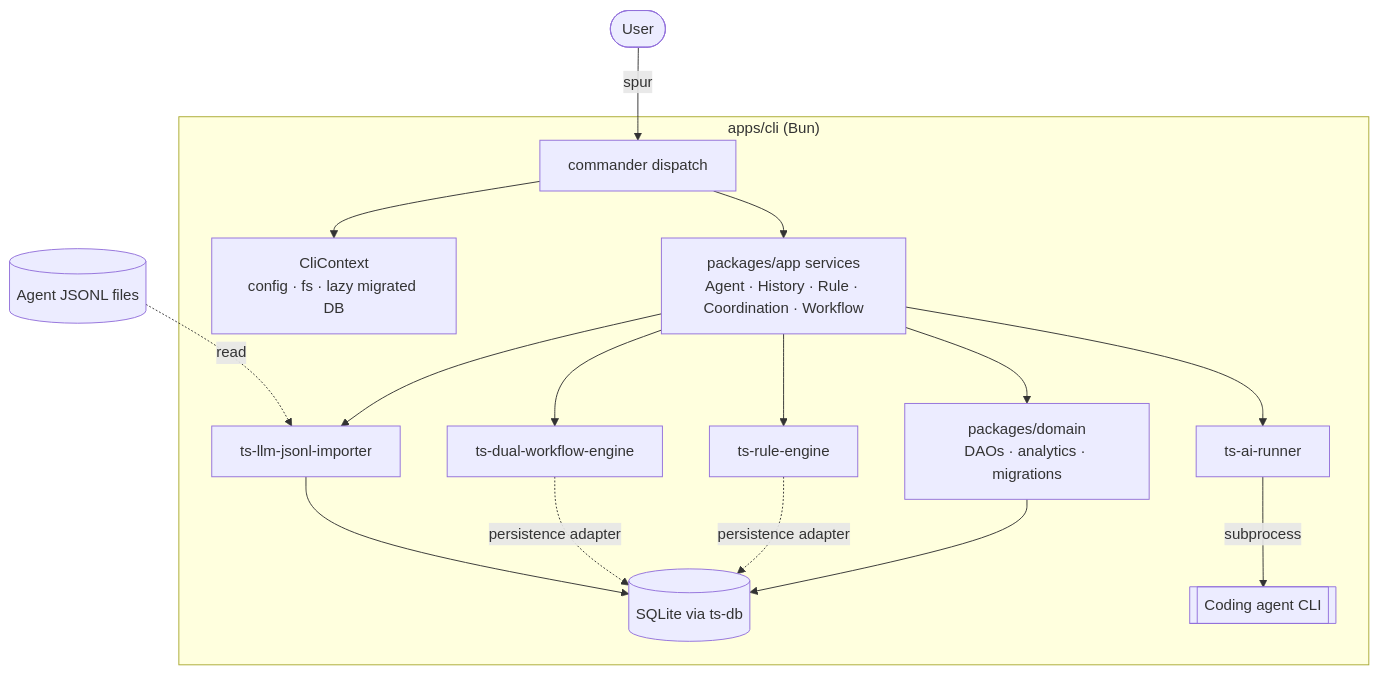
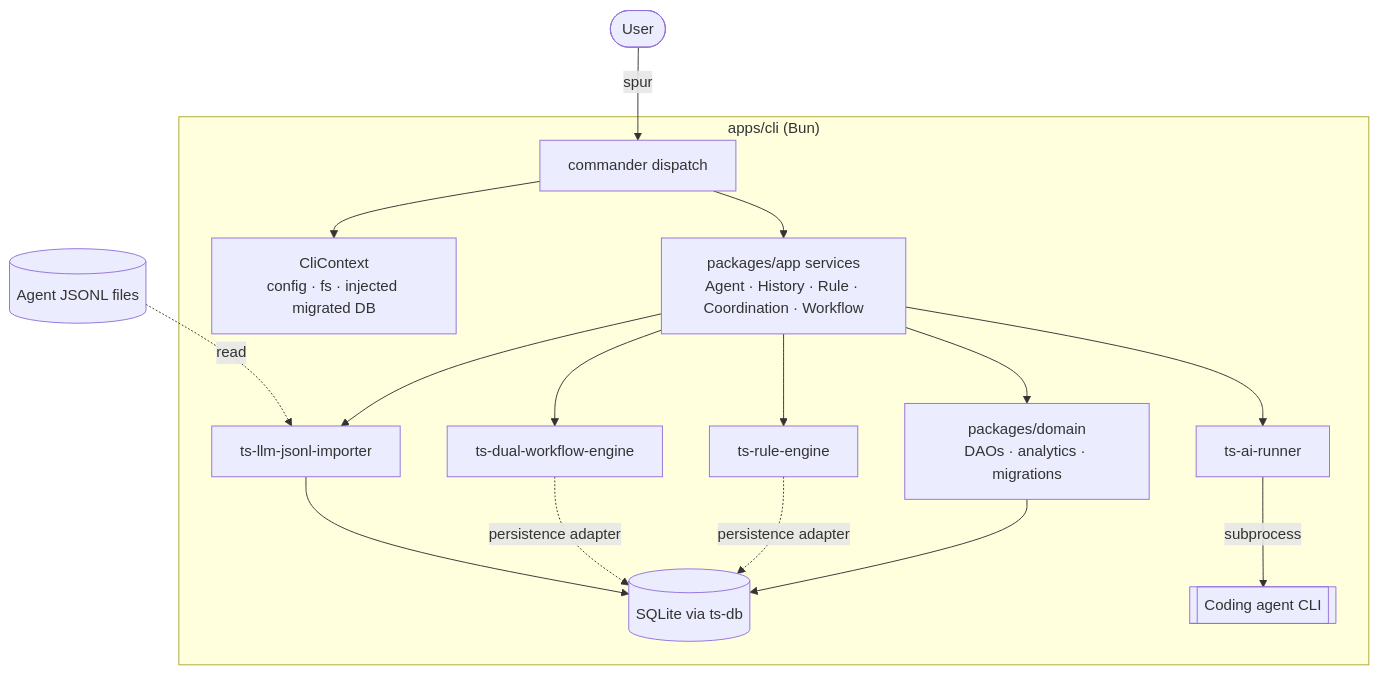
Before and after one commit to gobing-ai/spur: the diagram in docs/03_ARCHITECTURE.md, drawn with Mermaid. The commit also changed other lines of this file and 3 other files, not shown here.

````diff
--- a/docs/03_ARCHITECTURE.md
+++ b/docs/03_ARCHITECTURE.md
@@ -127,19 +127,19 @@
 ```mermaid
 flowchart TD
     User([User]) -->|spur <command>| CLI
     subgraph Process["apps/cli (Bun)"]
-        CLI[commander dispatch] --> Ctx[CliContext<br/>config · fs · lazy migrated DB]
+        CLI[commander dispatch] --> Ctx[CliContext<br/>config · fs · injected migrated DB]
         CLI --> APP[packages/app services<br/>Agent · History · Rule · Coordination · Workflow]
         APP --> AR[ts-ai-runner]
         APP --> RE[ts-rule-engine]
         APP --> WF[ts-dual-workflow-engine]
         APP --> HI[ts-llm-jsonl-importer]
         APP --> DOM[packages/domain<br/>DAOs · analytics · migrations]
         DOM --> DB[(SQLite via ts-db)]
         RE -. persistence adapter .-> DB
         WF -. persistence adapter .-> DB
         HI --> DB
         AR -->|subprocess| Agent[[Coding agent CLI]]
     end
     JSONL[(Agent JSONL files)] -.read.-> HI
 ```
````
